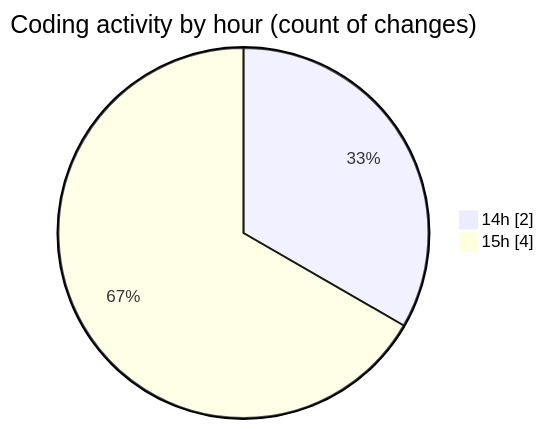
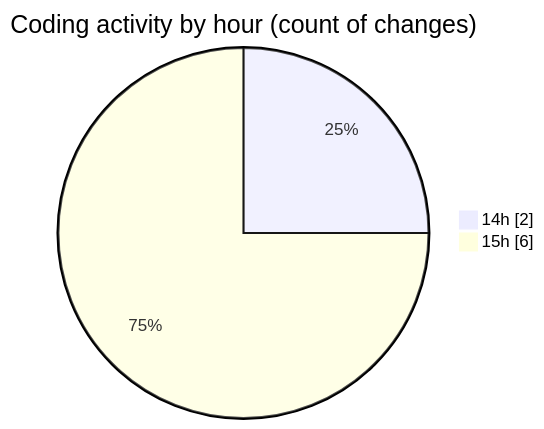
One commit to robertbonfada/code-tracking changed the second of 2 diagrams in 2025-03-06/termonied_testador/README.md. Above: the diagram before and after it, drawn with Mermaid. The commit also changed other lines of this file and 1 other file, not shown here.

````diff
--- a/2025-03-06/termonied_testador/README.md
+++ b/2025-03-06/termonied_testador/README.md
@@ -28,6 +28,6 @@
 ```mermaid
 pie showData
 title Coding activity by hour (count of changes)
 "14h" : 2
-"15h" : 4
+"15h" : 6
 ```
````
